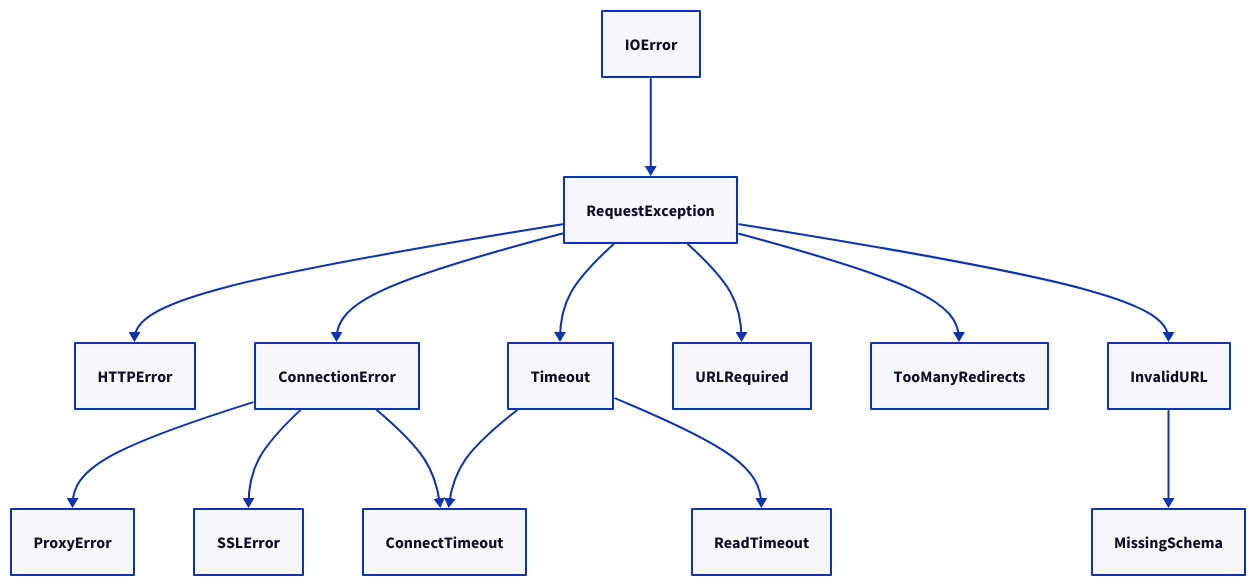
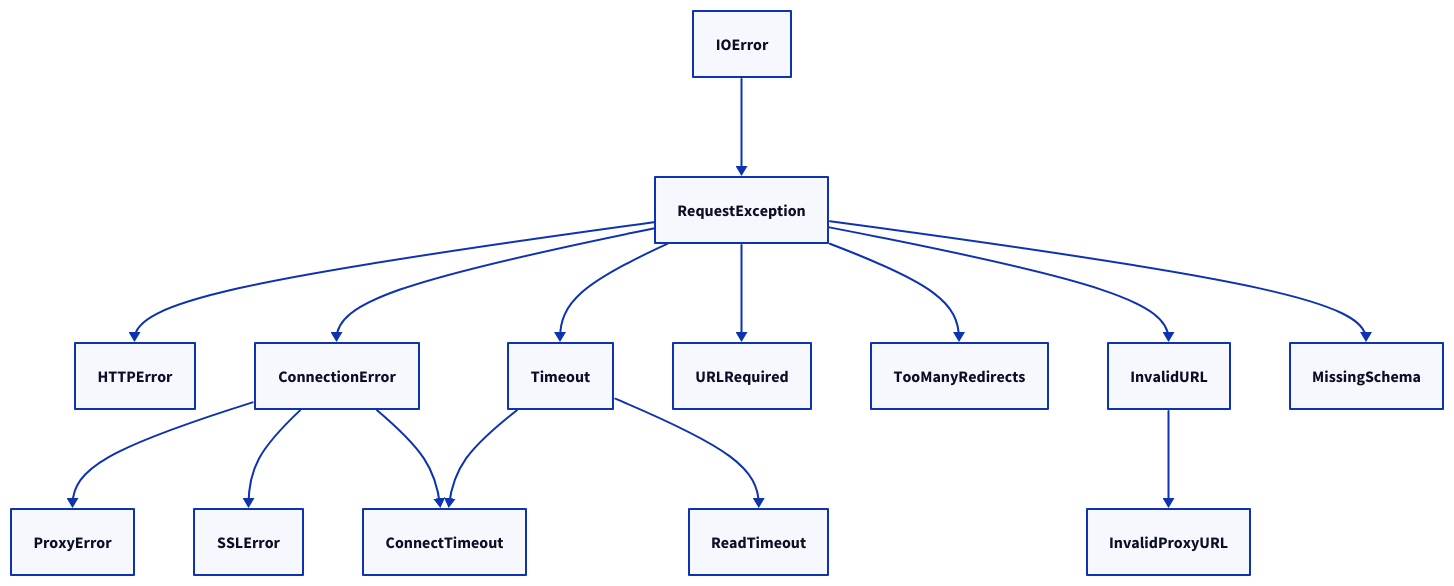
One commit to lban2049/requests changed the diagram in .aigne/doc-smith/docs/user-guide-error-handling.md. Above: the diagram before and after it, drawn with D2. The commit also changed other lines of this file and 31 other files, not shown here.

````diff
--- a/.aigne/doc-smith/docs/user-guide-error-handling.md
+++ b/.aigne/doc-smith/docs/user-guide-error-handling.md
@@ -100,23 +100,24 @@
 ```d2
 direction: down
 
 "IOError" -> "RequestException"
 
 "RequestException" -> "HTTPError"
 "RequestException" -> "ConnectionError"
 "RequestException" -> "Timeout"
 "RequestException" -> "URLRequired"
 "RequestException" -> "TooManyRedirects"
 "RequestException" -> "InvalidURL"
+"RequestException" -> "MissingSchema"
 
 "ConnectionError" -> "ProxyError"
 "ConnectionError" -> "SSLError"
 
 "Timeout" -> "ReadTimeout"
 
 "ConnectTimeout"
 "ConnectionError" -> "ConnectTimeout"
 "Timeout" -> "ConnectTimeout"
 
-"InvalidURL" -> "MissingSchema"
+"InvalidURL" -> "InvalidProxyURL"
 ```
````
